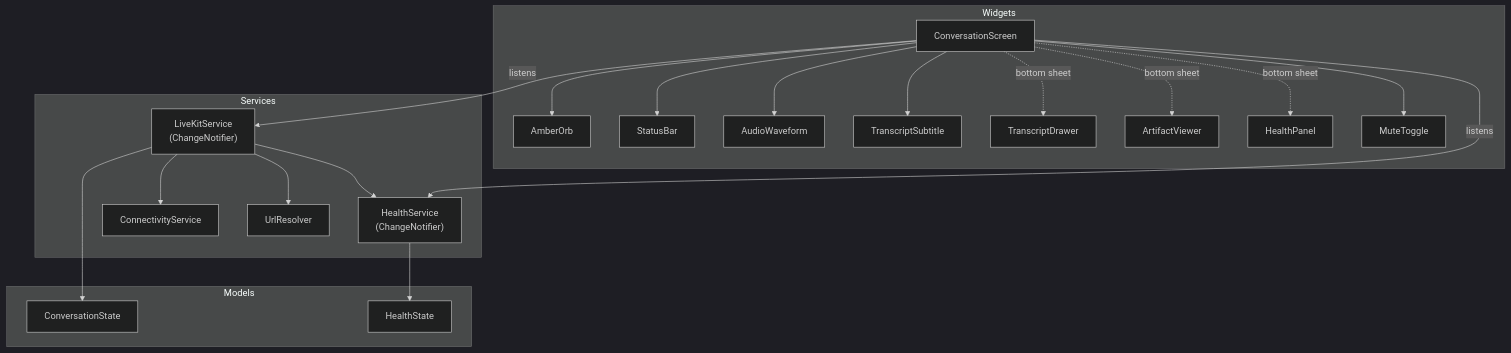
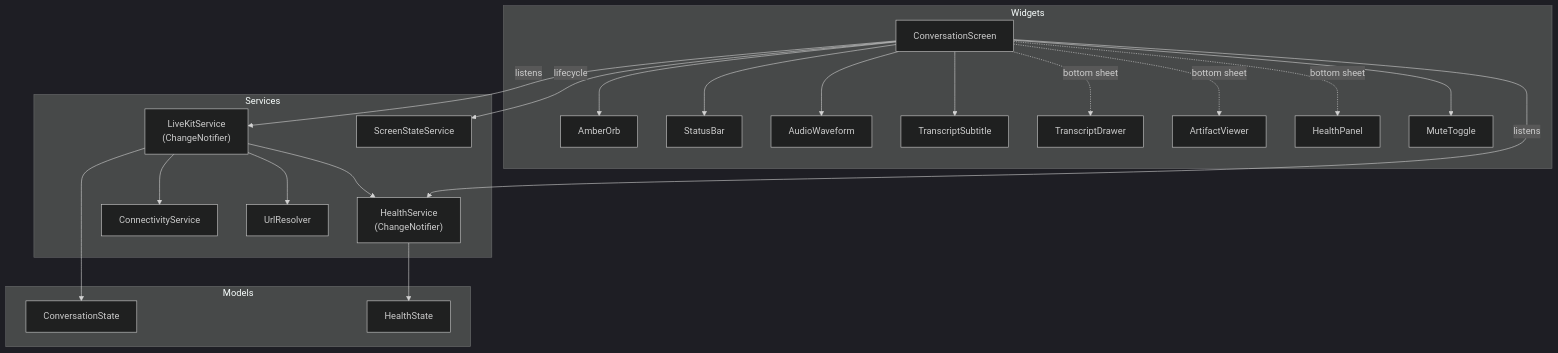
One commit to dremonkey/fletcher changed the first of 2 diagrams in docs/architecture/mobile-client.md. Above: the diagram before and after it, drawn with Mermaid (dark theme). The commit also changed other lines of this file, not shown here.

First line of the commit message:
docs(architecture): document background session timeout & lifecycle handling

````diff
--- a/docs/architecture/mobile-client.md
+++ b/docs/architecture/mobile-client.md
@@ -9,38 +9,40 @@
 ```mermaid
 flowchart TD
     subgraph "Widgets"
         CS["ConversationScreen"]
         AO["AmberOrb"]
         SB["StatusBar"]
         AW["AudioWaveform"]
         TS["TranscriptSubtitle"]
         TD["TranscriptDrawer"]
         AV["ArtifactViewer"]
         HP["HealthPanel"]
         MT["MuteToggle"]
     end
 
     subgraph "Services"
         LKS["LiveKitService<br/>(ChangeNotifier)"]
         HS["HealthService<br/>(ChangeNotifier)"]
         CONN["ConnectivityService"]
+        SSS["ScreenStateService"]
         UR["UrlResolver"]
     end
 
     subgraph "Models"
         STATE["ConversationState"]
         HEALTH["HealthState"]
     end
 
     CS --> AO & SB & AW & TS & MT
     CS -.->|"bottom sheet"| TD & AV & HP
 
     LKS --> STATE
     HS --> HEALTH
     LKS --> HS
     LKS --> CONN
     LKS --> UR
+    CS -->|"lifecycle"| SSS
 
     CS -->|"listens"| LKS
     CS -->|"listens"| HS
 ```
````
